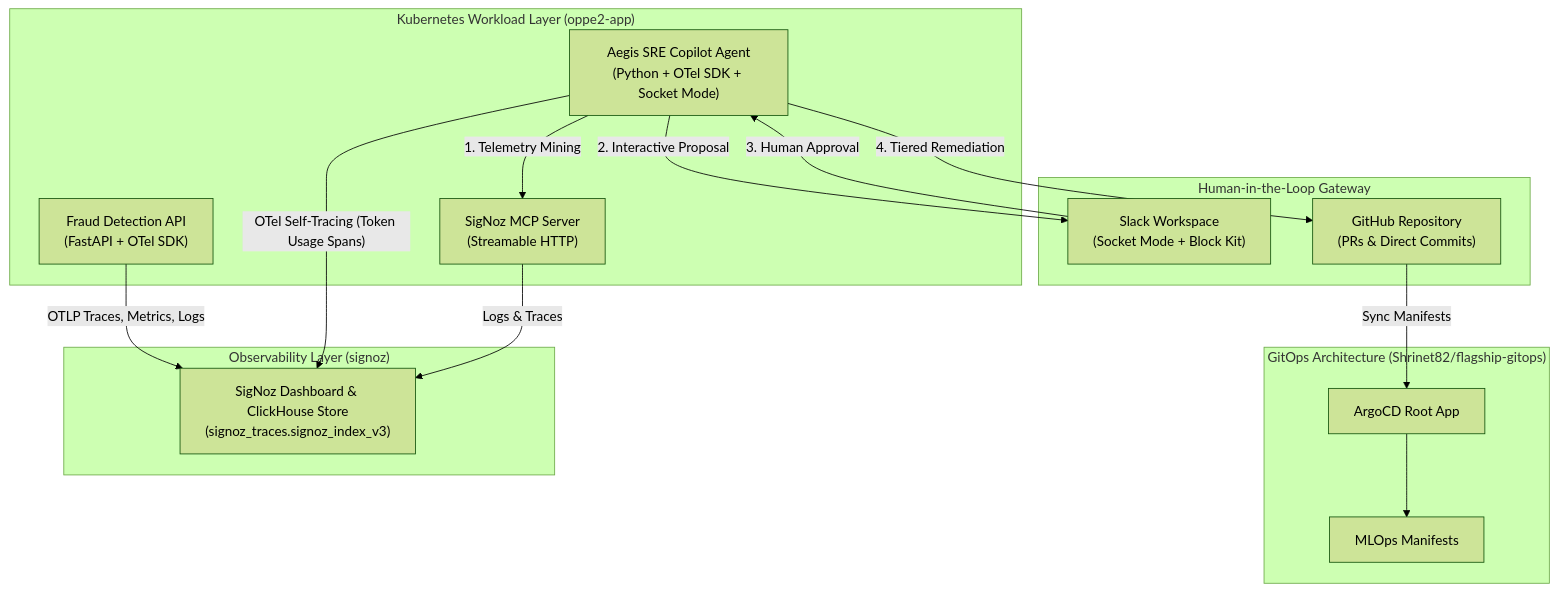
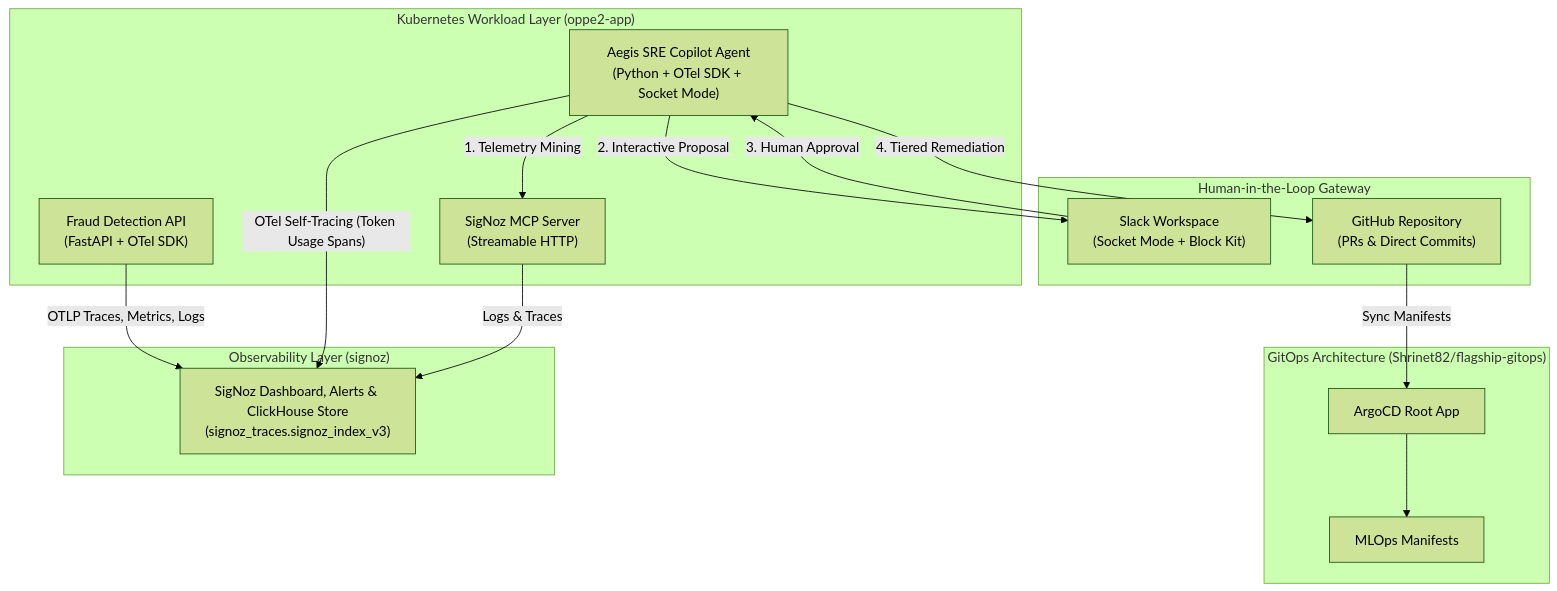
The diagram in README.md (Shrinet82/aegis-observe), drawn with Mermaid (forest theme) before and after one commit. The commit also changed other lines of this file and 7 other files, not shown here.

Commit message:
feat(alerts): add SigNoz alert rules suite for LLM token runaway & 504 SLO breach with API import/export scripts

````diff
--- a/README.md
+++ b/README.md
@@ -37,31 +37,31 @@
 ```mermaid
 graph TB
     subgraph "GitOps Architecture (Shrinet82/flagship-gitops)"
         ROOT["ArgoCD Root App"]
         ROOT --> MLOPS["MLOps Manifests"]
     end
 
     subgraph "Kubernetes Workload Layer (oppe2-app)"
         FRAUD["Fraud Detection API<br/>(FastAPI + OTel SDK)"]
         AGENT["Aegis SRE Copilot Agent<br/>(Python + OTel SDK + Socket Mode)"]
         MCP["SigNoz MCP Server<br/>(Streamable HTTP)"]
     end
 
     subgraph "Observability Layer (signoz)"
-        DASH["SigNoz Dashboard & ClickHouse Store<br/>(signoz_traces.signoz_index_v3)"]
+        DASH["SigNoz Dashboard, Alerts & ClickHouse Store<br/>(signoz_traces.signoz_index_v3)"]
     end
 
     subgraph "Human-in-the-Loop Gateway"
         SLACK["Slack Workspace<br/>(Socket Mode + Block Kit)"]
         GITHUB["GitHub Repository<br/>(PRs & Direct Commits)"]
     end
 
     FRAUD -->|"OTLP Traces, Metrics, Logs"| DASH
     AGENT -->|"OTel Self-Tracing (Token Usage Spans)"| DASH
     AGENT -->|"1. Telemetry Mining"| MCP
     MCP -->|"Logs & Traces"| DASH
     AGENT -->|"2. Interactive Proposal"| SLACK
     SLACK -->|"3. Human Approval"| AGENT
     AGENT -->|"4. Tiered Remediation"| GITHUB
     GITHUB -->|"Sync Manifests"| ROOT
 ```
````
